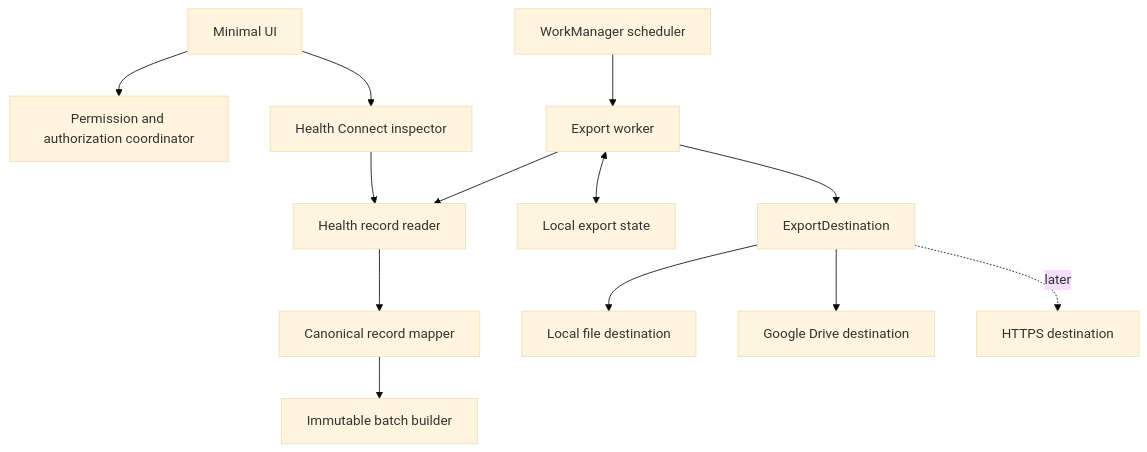
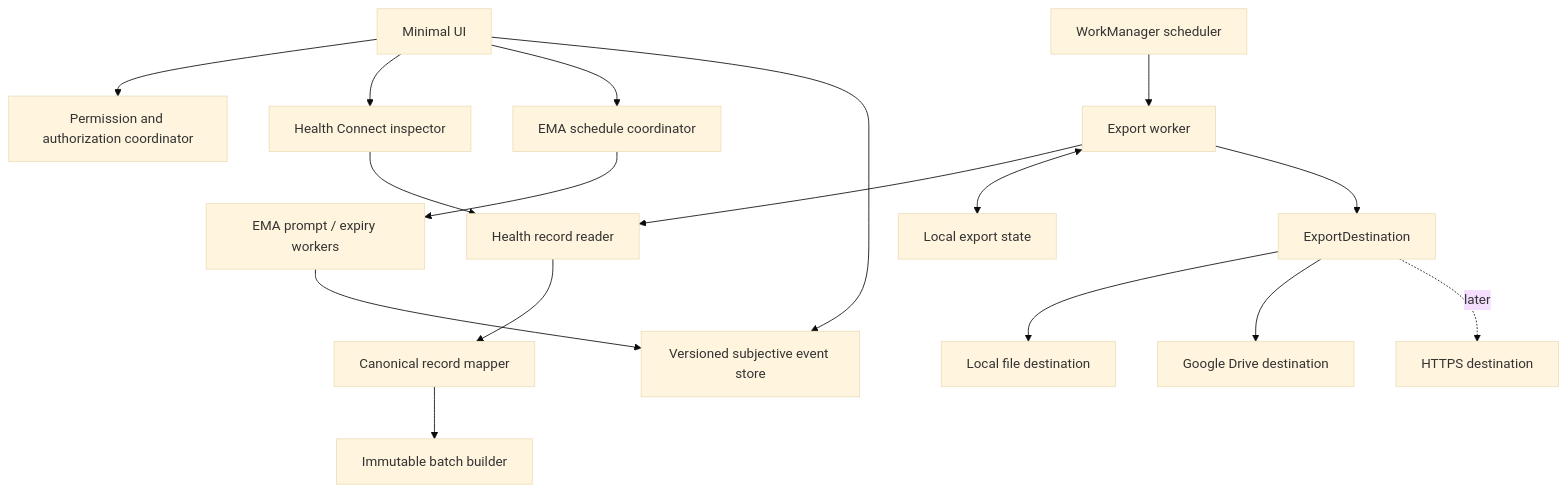
One commit to artemu78/reva-health-exporter changed the second of 4 diagrams in ARCHITECTURE.md. Above: the diagram before and after it, drawn with Mermaid (base theme). The commit also changed other lines of this file and 31 other files, not shown here.

````diff
--- a/ARCHITECTURE.md
+++ b/ARCHITECTURE.md
@@ -34,30 +34,37 @@
 ```mermaid
 flowchart TB
     UI["Minimal UI"]
     Permissions["Permission and authorization coordinator"]
     Inspector["Health Connect inspector"]
     Reader["Health record reader"]
     Mapper["Canonical record mapper"]
     Batch["Immutable batch builder"]
     State["Local export state"]
     Scheduler["WorkManager scheduler"]
     Worker["Export worker"]
+    EmaScheduler["EMA schedule coordinator"]
+    EmaWorker["EMA prompt / expiry workers"]
+    EmaStore["Versioned subjective event store"]
 
     Destination["ExportDestination"]
     LocalDestination["Local file destination"]
     DriveDestination["Google Drive destination"]
     HttpDestination["HTTPS destination"]
 
     UI --> Permissions
     UI --> Inspector
     Inspector --> Reader
     Scheduler --> Worker
     Worker --> Reader
     Reader --> Mapper
     Mapper --> Batch
     Worker <--> State
     Worker --> Destination
+    UI --> EmaScheduler
+    EmaScheduler --> EmaWorker
+    EmaWorker --> EmaStore
+    UI --> EmaStore
     Destination --> LocalDestination
     Destination --> DriveDestination
     Destination -. later .-> HttpDestination
 ```
````
